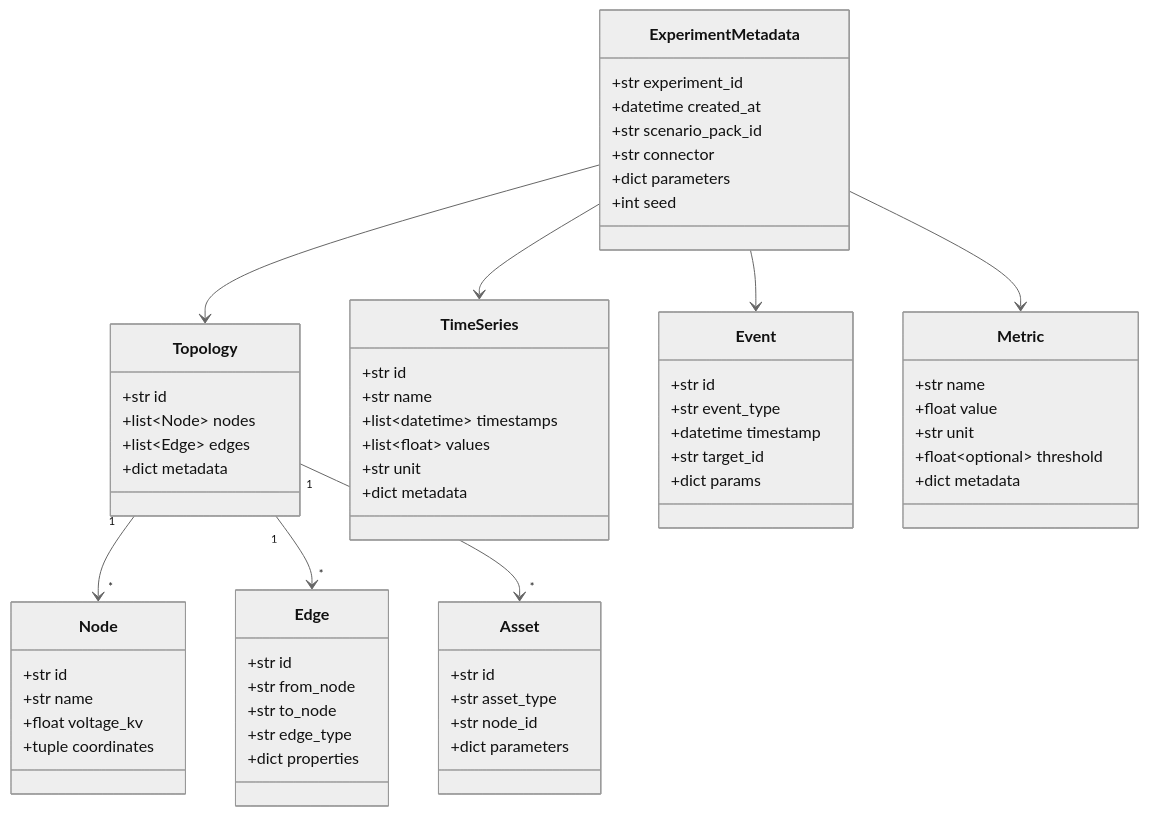
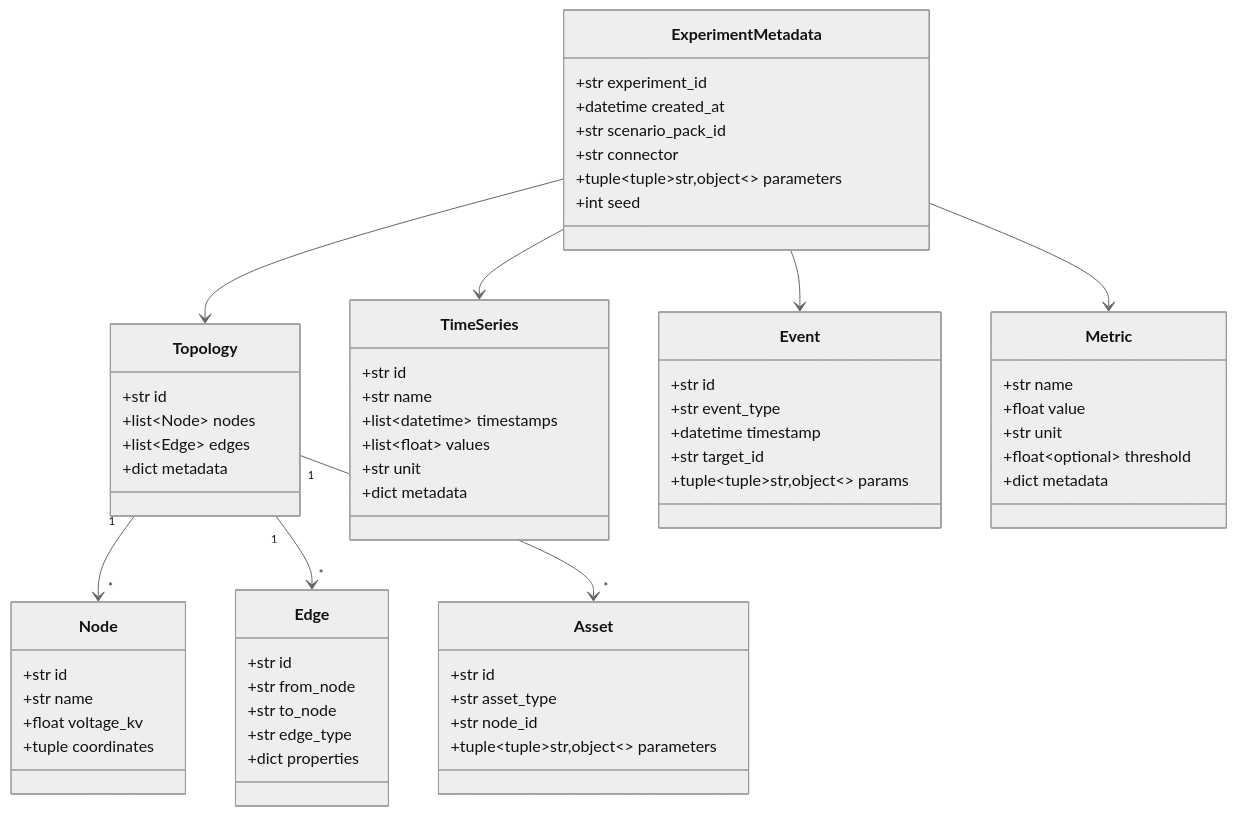
The second of 3 diagrams in docs/basic_design/05_data_design.md (bottlenome/gridflow), drawn with Mermaid (neutral theme) before and after one commit. The commit also changed other lines of this file and 3 other files, not shown here.

````diff
--- a/docs/basic_design/05_data_design.md
+++ b/docs/basic_design/05_data_design.md
@@ -149,73 +150,73 @@
 ```mermaid
 classDiagram
     class Topology {
         +str id
         +list~Node~ nodes
         +list~Edge~ edges
         +dict metadata
     }
 
     class Node {
         +str id
         +str name
         +float voltage_kv
         +tuple coordinates
     }
 
     class Edge {
         +str id
         +str from_node
         +str to_node
         +str edge_type
         +dict properties
     }
 
     class Asset {
         +str id
         +str asset_type
         +str node_id
-        +dict parameters
+        +tuple~tuple~str,object~~ parameters
     }
 
     class TimeSeries {
         +str id
         +str name
         +list~datetime~ timestamps
         +list~float~ values
         +str unit
         +dict metadata
     }
 
     class Event {
         +str id
         +str event_type
         +datetime timestamp
         +str target_id
-        +dict params
+        +tuple~tuple~str,object~~ params
     }
 
     class Metric {
         +str name
         +float value
         +str unit
         +float~optional~ threshold
         +dict metadata
     }
 
     class ExperimentMetadata {
         +str experiment_id
         +datetime created_at
         +str scenario_pack_id
         +str connector
-        +dict parameters
+        +tuple~tuple~str,object~~ parameters
         +int seed
     }
 
     Topology "1" --> "*" Node
     Topology "1" --> "*" Edge
     Topology "1" --> "*" Asset
     ExperimentMetadata --> Topology
     ExperimentMetadata --> TimeSeries
     ExperimentMetadata --> Event
     ExperimentMetadata --> Metric
 ```
````
